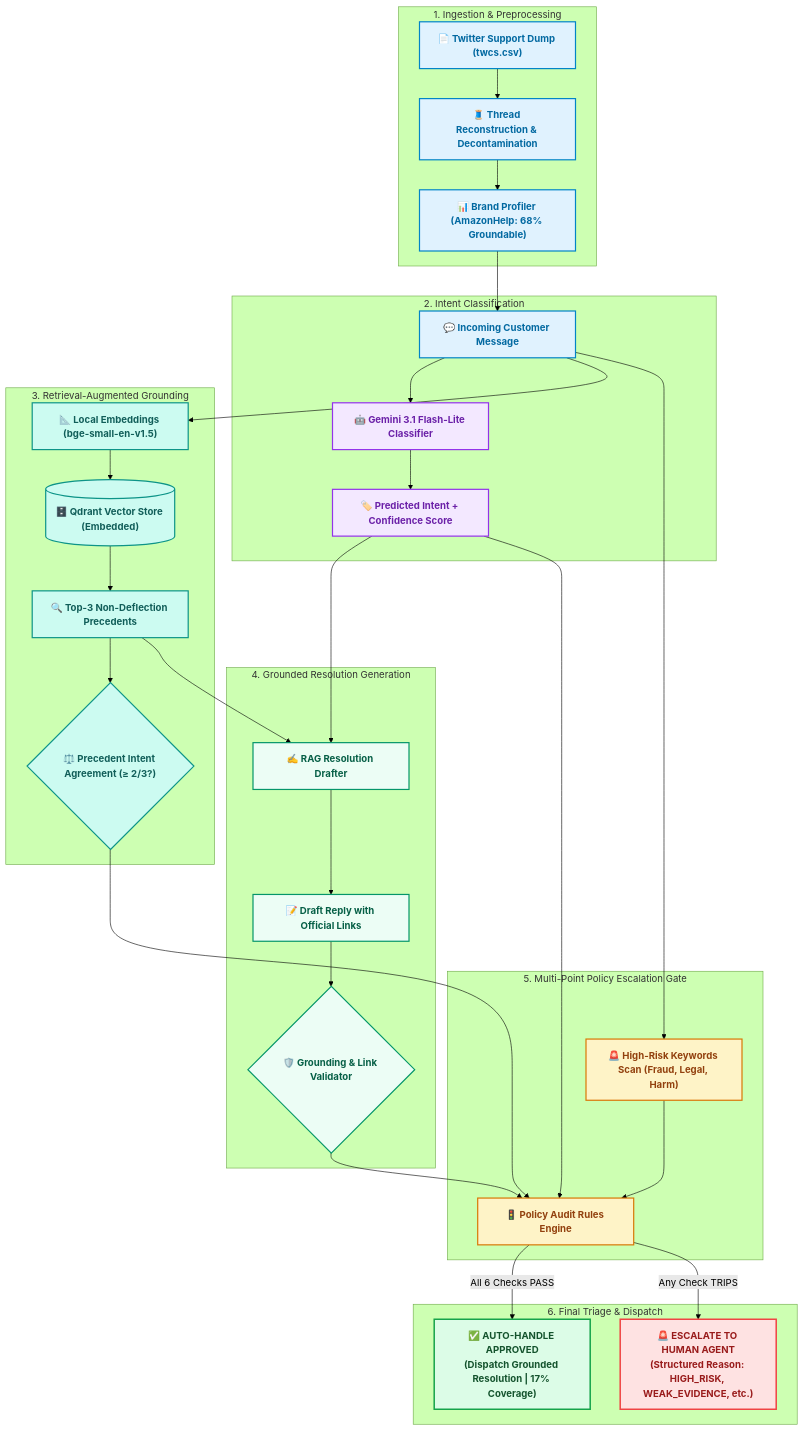
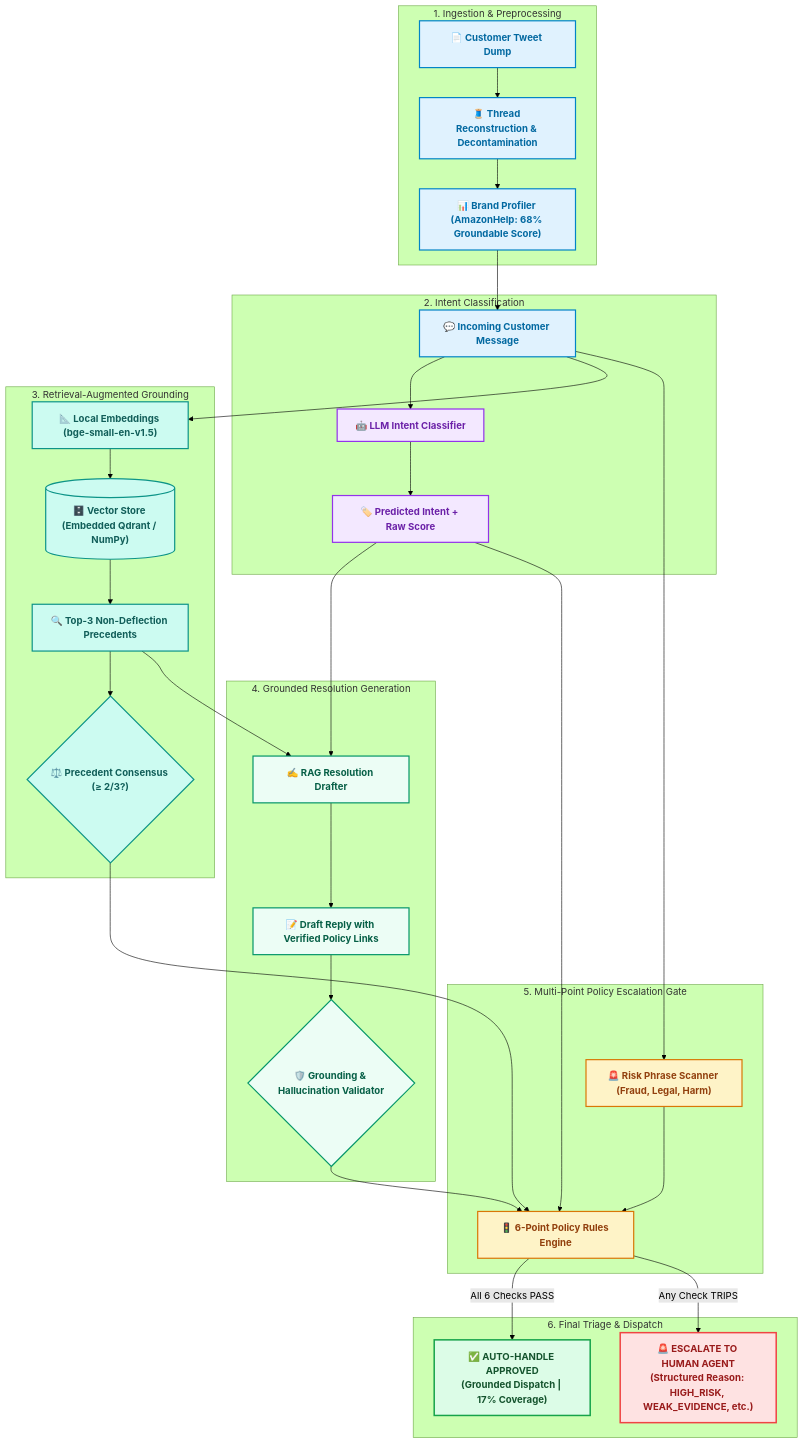
The diagram in README.md (vakrahul/support-agent), drawn with Mermaid (forest theme) before and after one commit. The commit also changed other lines of this file and 2 other files, not shown here.

````diff
--- a/README.md
+++ b/README.md
@@ -120,57 +136,56 @@
 ```mermaid
 flowchart TD
-    %% Node Styling Definitions
     classDef inputStyle fill:#e0f2fe,stroke:#0284c7,stroke-width:2px,color:#0369a1,font-weight:bold;
     classDef classifyStyle fill:#f3e8ff,stroke:#9333ea,stroke-width:2px,color:#6b21a8,font-weight:bold;
     classDef retrieveStyle fill:#ccfbf1,stroke:#0d9488,stroke-width:2px,color:#115e59,font-weight:bold;
     classDef draftStyle fill:#ecfdf5,stroke:#059669,stroke-width:2px,color:#065f46,font-weight:bold;
     classDef gateStyle fill:#fef3c7,stroke:#d97706,stroke-width:2px,color:#92400e,font-weight:bold;
     classDef autoStyle fill:#dcfce7,stroke:#16a34a,stroke-width:2.5px,color:#14532d,font-weight:bold;
     classDef escStyle fill:#fee2e2,stroke:#ef4444,stroke-width:2.5px,color:#991b1b,font-weight:bold;
 
     subgraph INGEST ["1. Ingestion & Preprocessing"]
-        RAW["📄 Twitter Support Dump (twcs.csv)"] --> THREADS["🧵 Thread Reconstruction & Decontamination"]
-        THREADS --> BRAND["📊 Brand Profiler (AmazonHelp: 68% Groundable)"]
+        RAW["📄 Customer Tweet Dump"] --> THREADS["🧵 Thread Reconstruction & Decontamination"]
+        THREADS --> BRAND["📊 Brand Profiler (AmazonHelp: 68% Groundable Score)"]
     end
 
     subgraph CLASSIFY ["2. Intent Classification"]
         BRAND --> USER_MSG["💬 Incoming Customer Message"]
-        USER_MSG --> CLF["🤖 Gemini 3.1 Flash-Lite Classifier"]
-        CLF --> PRED["🏷️ Predicted Intent + Confidence Score"]
+        USER_MSG --> CLF["🤖 LLM Intent Classifier"]
+        CLF --> PRED["🏷️ Predicted Intent + Raw Score"]
     end
 
     subgraph RETRIEVAL ["3. Retrieval-Augmented Grounding"]
         USER_MSG --> EMBED["📐 Local Embeddings (bge-small-en-v1.5)"]
-        EMBED --> QDRANT[("🗄️ Qdrant Vector Store (Embedded)")]
+        EMBED --> QDRANT[("🗄️ Vector Store (Embedded Qdrant / NumPy)")]
         QDRANT --> TOPK["🔍 Top-3 Non-Deflection Precedents"]
-        TOPK --> AGREE{"⚖️ Precedent Intent Agreement (≥ 2/3?)"}
+        TOPK --> AGREE{"⚖️ Precedent Consensus (≥ 2/3?)"}
     end
 
     subgraph DRAFT ["4. Grounded Resolution Generation"]
         TOPK --> RAG["✍️ RAG Resolution Drafter"]
         PRED --> RAG
-        RAG --> DRAFT_OUT["📝 Draft Reply with Official Links"]
-        DRAFT_OUT --> VAL{"🛡️ Grounding & Link Validator"}
+        RAG --> DRAFT_OUT["📝 Draft Reply with Verified Policy Links"]
+        DRAFT_OUT --> VAL{"🛡️ Grounding & Hallucination Validator"}
     end
 
     subgraph GATE ["5. Multi-Point Policy Escalation Gate"]
-        PRED --> G_DEC["🚦 Policy Audit Rules Engine"]
+        PRED --> G_DEC["🚦 6-Point Policy Rules Engine"]
         AGREE --> G_DEC
         VAL --> G_DEC
-        USER_MSG --> RISK["🚨 High-Risk Keywords Scan (Fraud, Legal, Harm)"]
+        USER_MSG --> RISK["🚨 Risk Phrase Scanner (Fraud, Legal, Harm)"]
         RISK --> G_DEC
     end
 
     subgraph OUTCOME ["6. Final Triage & Dispatch"]
-        G_DEC -->|All 6 Checks PASS| AUTO["✅ AUTO-HANDLE APPROVED<br/>(Dispatch Grounded Resolution | 17% Coverage)"]
+        G_DEC -->|All 6 Checks PASS| AUTO["✅ AUTO-HANDLE APPROVED<br/>(Grounded Dispatch | 17% Coverage)"]
         G_DEC -->|Any Check TRIPS| ESC["🚨 ESCALATE TO HUMAN AGENT<br/>(Structured Reason: HIGH_RISK, WEAK_EVIDENCE, etc.)"]
     end
 
     class RAW,THREADS,BRAND,USER_MSG inputStyle;
     class CLF,PRED classifyStyle;
     class EMBED,QDRANT,TOPK,AGREE retrieveStyle;
     class RAG,DRAFT_OUT,VAL draftStyle;
     class RISK,G_DEC gateStyle;
     class AUTO autoStyle;
     class ESC escStyle;
 ```
````
